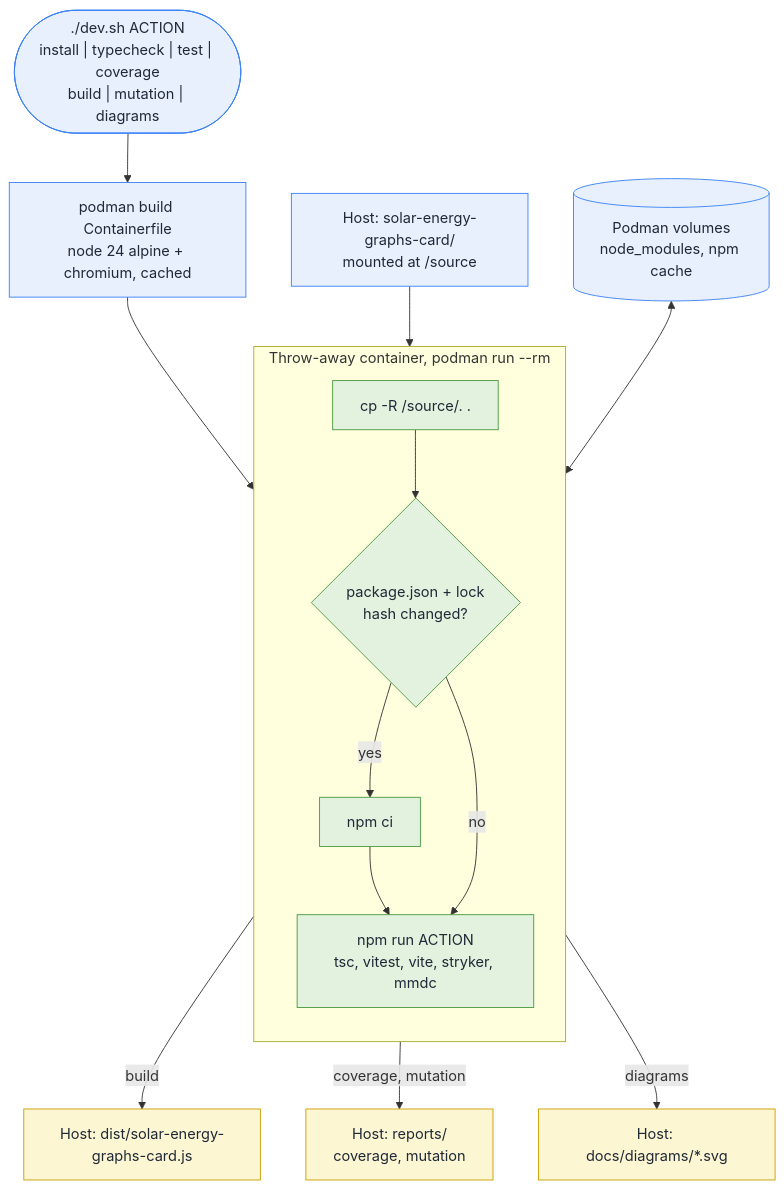
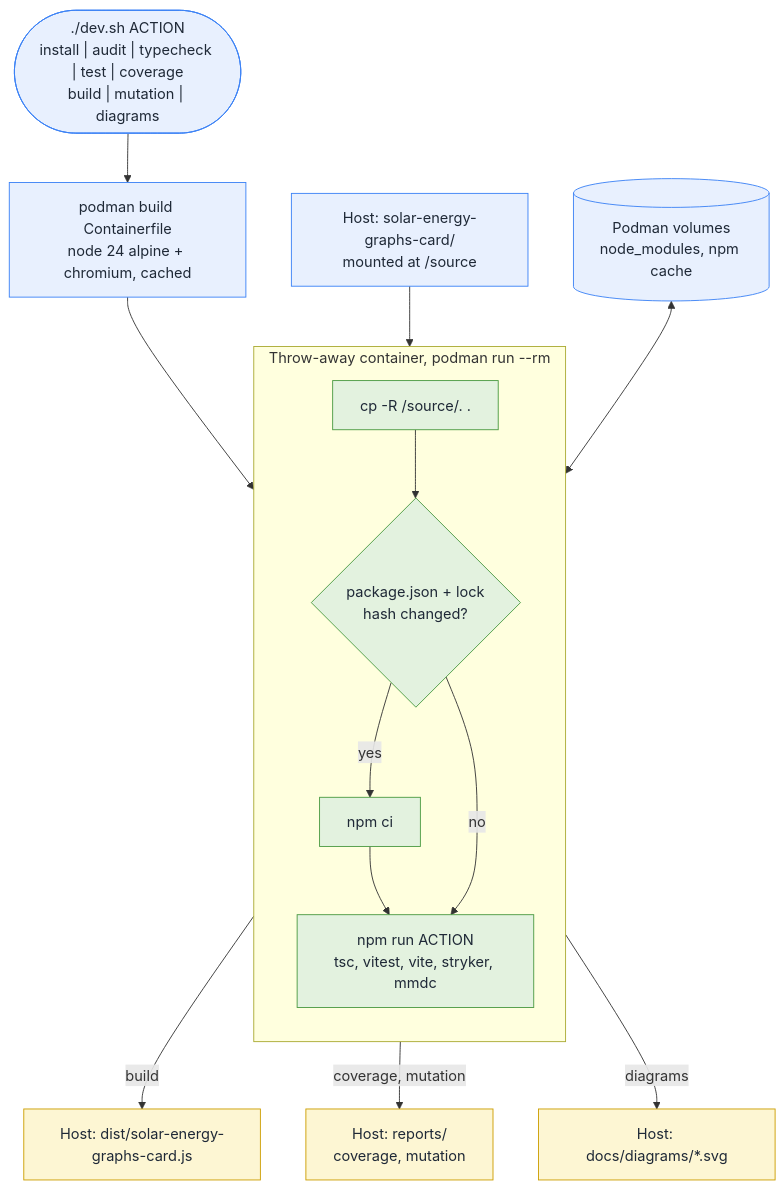
One commit to XavierBerger/Solar-Energy-Graphs-Card changed the diagram in docs/diagrams/dev-environment.mmd. Above: the diagram before and after it, drawn with Mermaid. The commit also changed 3 other files, not shown here.

```diff
--- a/docs/diagrams/dev-environment.mmd
+++ b/docs/diagrams/dev-environment.mmd
@@ -1,34 +1,34 @@
 flowchart TB
-  dev(["./dev.sh ACTION<br/>install | typecheck | test | coverage<br/>build | mutation | diagrams"])
+  dev(["./dev.sh ACTION<br/>install | audit | typecheck | test | coverage<br/>build | mutation | diagrams"])
   img["podman build Containerfile<br/>node 24 alpine + chromium, cached"]
   src["Host: solar-energy-graphs-card/<br/>mounted at /source"]
 
   subgraph CT["Throw-away container, podman run --rm"]
     direction TB
     copy["cp -R /source/. ."]
     lock{"package.json + lock<br/>hash changed?"}
     ci["npm ci"]
     run["npm run ACTION<br/>tsc, vitest, vite, stryker, mmdc"]
     copy --> lock
     lock -- yes --> ci --> run
     lock -- no --> run
   end
 
   vol[("Podman volumes<br/>node_modules, npm cache")]
   dist["Host: dist/solar-energy-graphs-card.js"]
   rep["Host: reports/<br/>coverage, mutation"]
   svg["Host: docs/diagrams/*.svg"]
 
   dev --> img --> copy
   src --> copy
   vol <--> run
   run -- "build" --> dist
   run -- "coverage, mutation" --> rep
   run -- "diagrams" --> svg
 
   classDef host fill:#e8f0fe,stroke:#3b82f6,color:#1f2937
   classDef ct fill:#e3f2df,stroke:#4b9a42,color:#1f2937
   classDef out fill:#fdf6d3,stroke:#cc9d00,color:#1f2937
   class dev,img,src,vol host
   class copy,lock,ci,run ct
   class dist,rep,svg out
```
